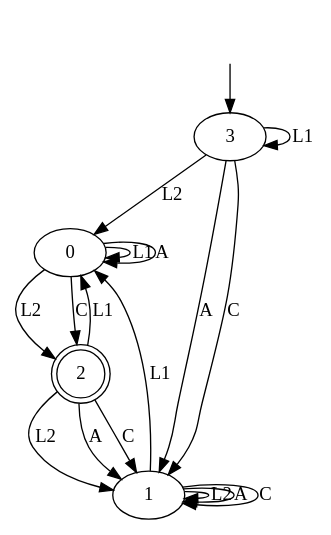
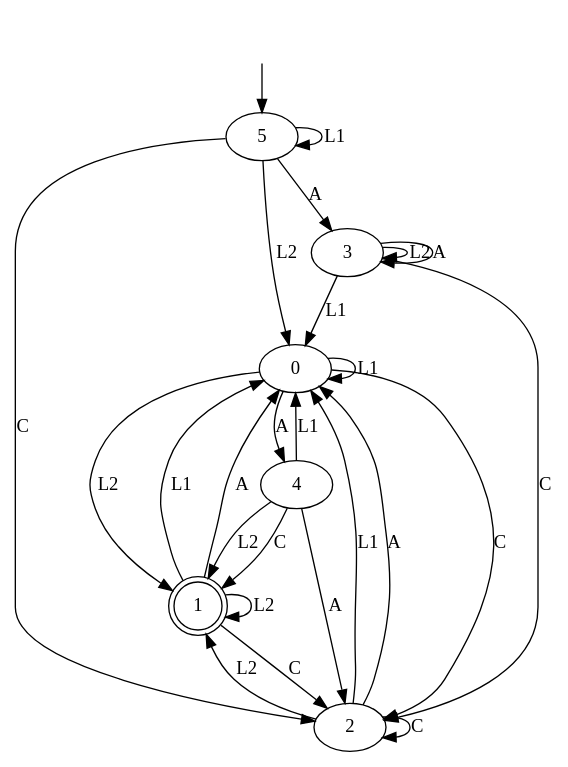
Before and after one commit to tomyaacov/lstar_dont_care: the diagram in output/magento_result_a_0.5.dot, drawn with Graphviz. The commit also changed 64 other files, not shown here.

```diff
--- a/output/magento_result_a_0.5.dot
+++ b/output/magento_result_a_0.5.dot
@@ -1,24 +1,34 @@
 digraph "output/magento_result_a_0.5" {
 0 [label=0];
-1 [label=1];
-2 [label=2, shape=doublecircle];
+1 [label=1, shape=doublecircle];
+2 [label=2];
 3 [label=3];
+4 [label=4];
+5 [label=5];
 0 -> 0  [label=L1];
-0 -> 2  [label=L2];
-0 -> 0  [label=A];
+0 -> 1  [label=L2];
+0 -> 4  [label=A];
 0 -> 2  [label=C];
 1 -> 0  [label=L1];
 1 -> 1  [label=L2];
-1 -> 1  [label=A];
-1 -> 1  [label=C];
+1 -> 0  [label=A];
+1 -> 2  [label=C];
 2 -> 0  [label=L1];
 2 -> 1  [label=L2];
-2 -> 1  [label=A];
-2 -> 1  [label=C];
-3 -> 3  [label=L1];
-3 -> 0  [label=L2];
-3 -> 1  [label=A];
-3 -> 1  [label=C];
+2 -> 0  [label=A];
+2 -> 2  [label=C];
+3 -> 0  [label=L1];
+3 -> 3  [label=L2];
+3 -> 3  [label=A];
+3 -> 2  [label=C];
+4 -> 0  [label=L1];
+4 -> 1  [label=L2];
+4 -> 2  [label=A];
+4 -> 1  [label=C];
+5 -> 5  [label=L1];
+5 -> 0  [label=L2];
+5 -> 3  [label=A];
+5 -> 2  [label=C];
 __start0 [label="", shape=none];
-__start0 -> 3  [label=""];
+__start0 -> 5  [label=""];
 }
```
